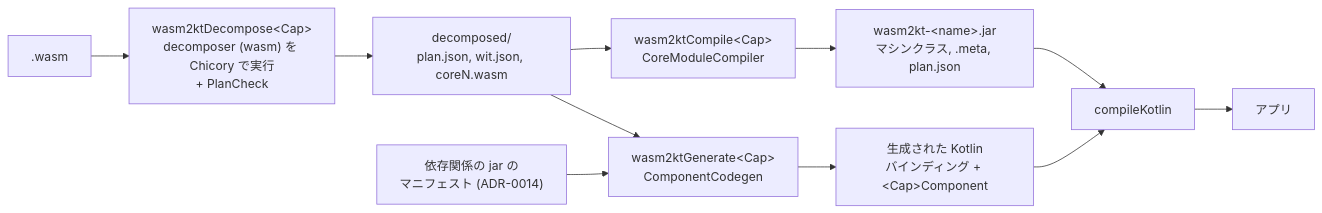
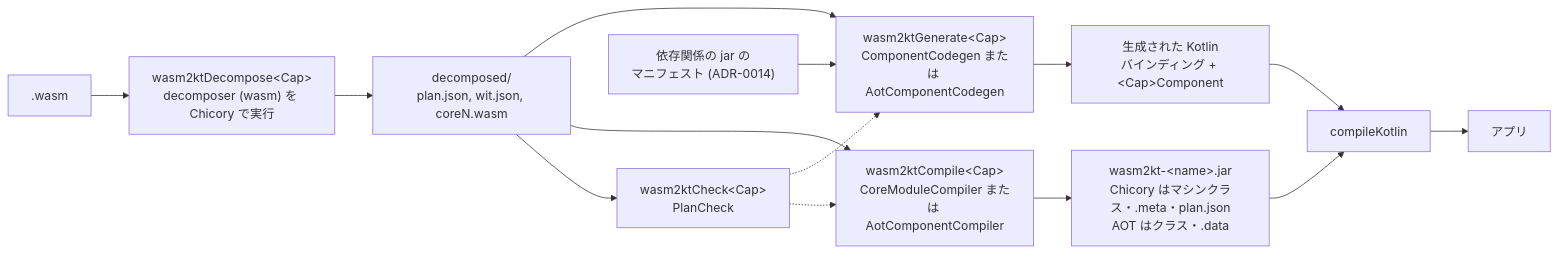
The first of 3 diagrams in docs/explanation/build-pipeline.md (chikoski/wasm-component-kotlin), drawn with Mermaid before and after one commit. The commit also changed other lines of this file and 26 other files, not shown here.

````diff
--- a/docs/explanation/build-pipeline.md
+++ b/docs/explanation/build-pipeline.md
@@ -20,13 +20,16 @@
 ```mermaid
 flowchart LR
-    wasm[".wasm"] --> D["wasm2ktDecompose&lt;Cap&gt;<br/>decomposer (wasm) を Chicory で実行<br/>+ PlanCheck"]
+    wasm[".wasm"] --> D["wasm2ktDecompose&lt;Cap&gt;<br/>decomposer (wasm) を Chicory で実行"]
     D --> dec["decomposed/<br/>plan.json, wit.json, coreN.wasm"]
-    dec --> C["wasm2ktCompile&lt;Cap&gt;<br/>CoreModuleCompiler"]
-    dec --> G["wasm2ktGenerate&lt;Cap&gt;<br/>ComponentCodegen"]
-    C --> jar["wasm2kt-&lt;name&gt;.jar<br/>マシンクラス, .meta, plan.json"]
+    dec --> V["wasm2ktCheck&lt;Cap&gt;<br/>PlanCheck"]
+    dec --> C["wasm2ktCompile&lt;Cap&gt;<br/>CoreModuleCompiler または AotComponentCompiler"]
+    dec --> G["wasm2ktGenerate&lt;Cap&gt;<br/>ComponentCodegen または AotComponentCodegen"]
+    V -.-> C
+    V -.-> G
+    C --> jar["wasm2kt-&lt;name&gt;.jar<br/>Chicory はマシンクラス・.meta・plan.json<br/>AOT はクラス・.data"]
     G --> kt["生成された Kotlin<br/>バインディング + &lt;Cap&gt;Component"]
     lib["依存関係の jar の<br/>マニフェスト (ADR-0014)"] --> G
     kt --> K["compileKotlin"]
     jar --> K
     K --> app["アプリ"]
 ```
````
